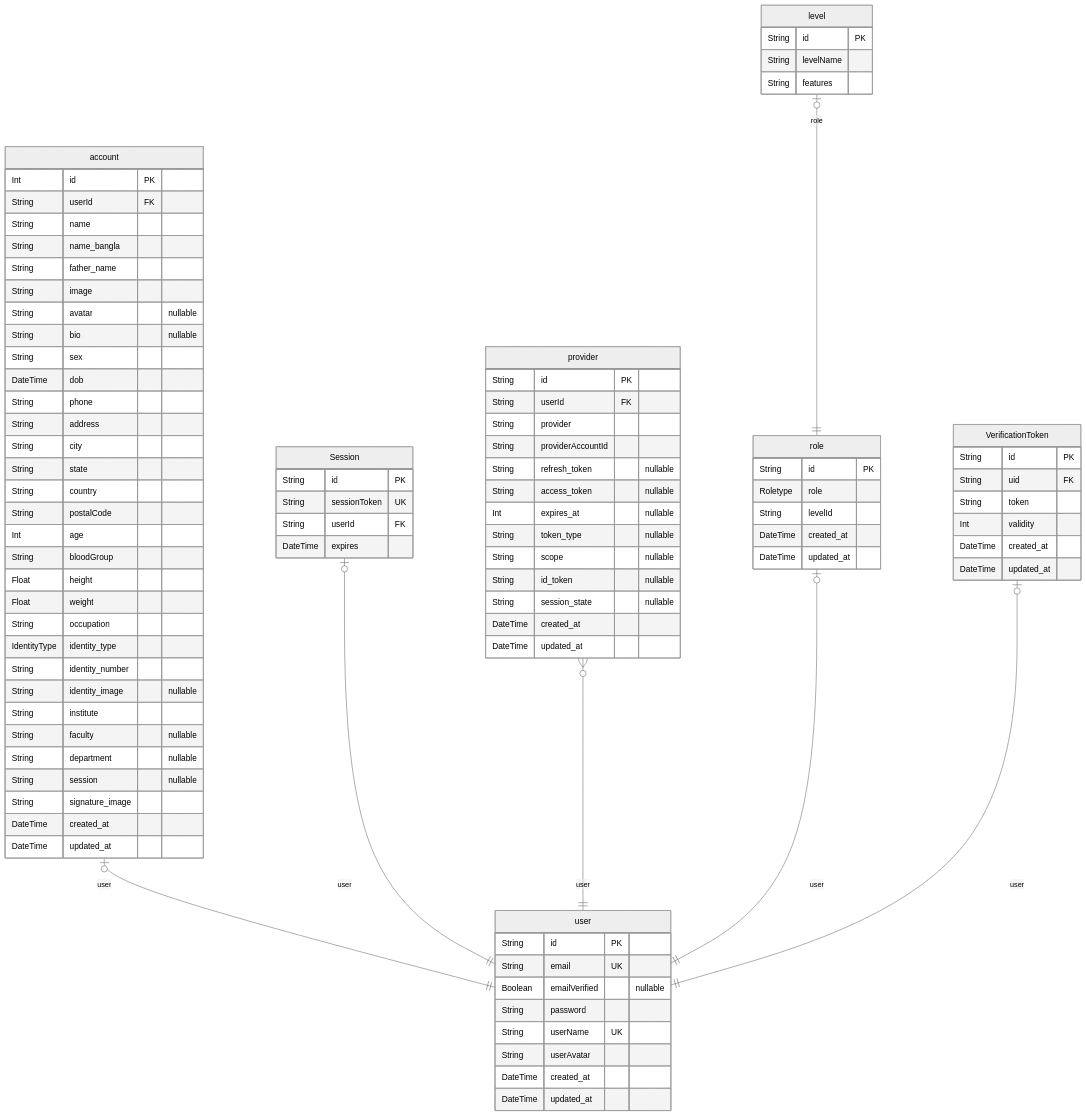
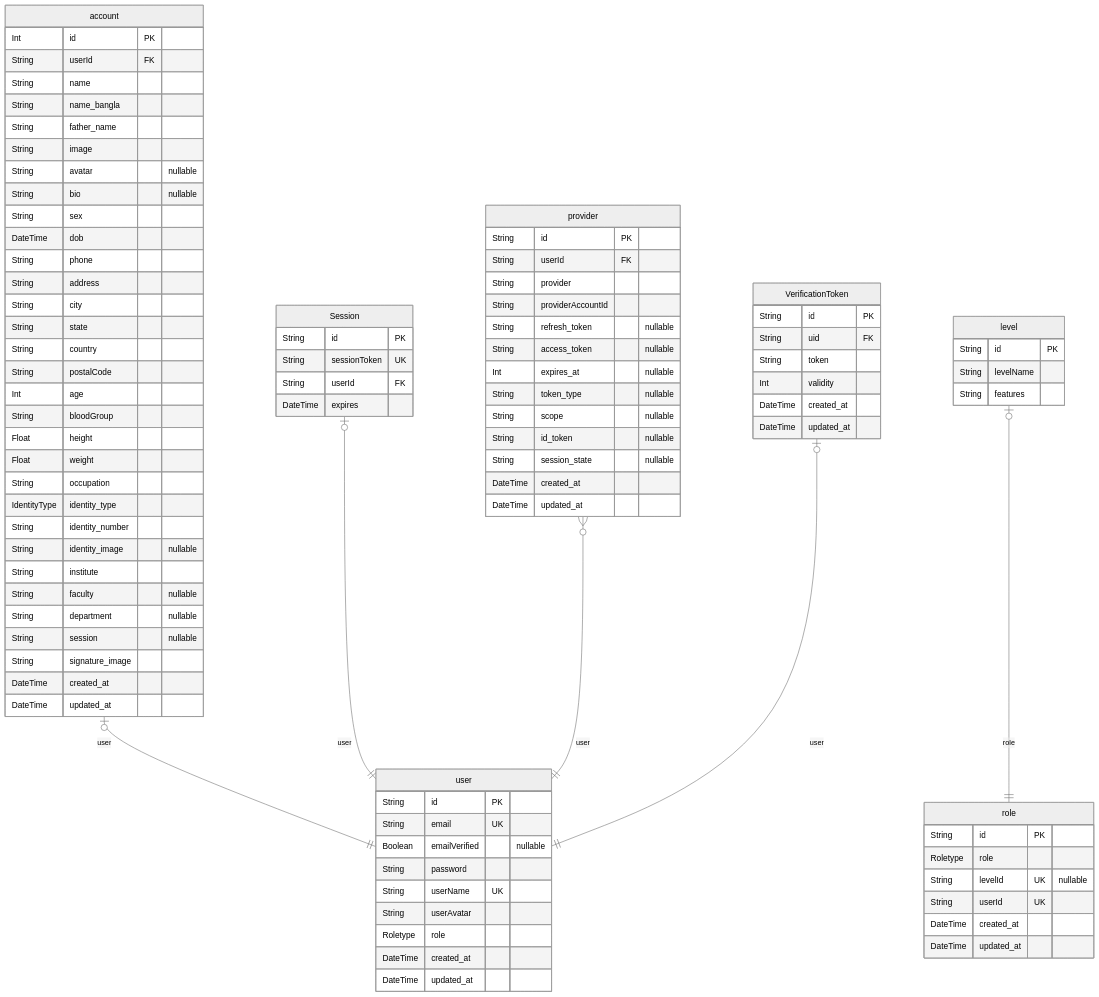
Before and after one commit to Hstu-dojo/HKDOfficial: the diagram in public/erd/ERD.md, drawn with Mermaid (neutral theme). The commit also changed other lines of this file and 5 other files, not shown here.

Commit message:
erd added

````diff
--- a/public/erd/ERD.md
+++ b/public/erd/ERD.md
@@ -52,6 +52,7 @@
     String password
     String userName UK
     String userAvatar
+    Roletype role
     DateTime created_at
     DateTime updated_at
 }
@@ -73,7 +74,8 @@
 "role" {
     String id PK
     Roletype role
-    String levelId
+    String levelId UK "nullable"
+    String userId UK
     DateTime created_at
     DateTime updated_at
 }
@@ -93,7 +95,6 @@
 "account" |o--|| "user" : user
 "Session" |o--|| "user" : user
 "provider" }o--|| "user" : user
-"role" |o--|| "user" : user
 "level" |o--|| "role" : role
 "VerificationToken" |o--|| "user" : user
 ```
````
